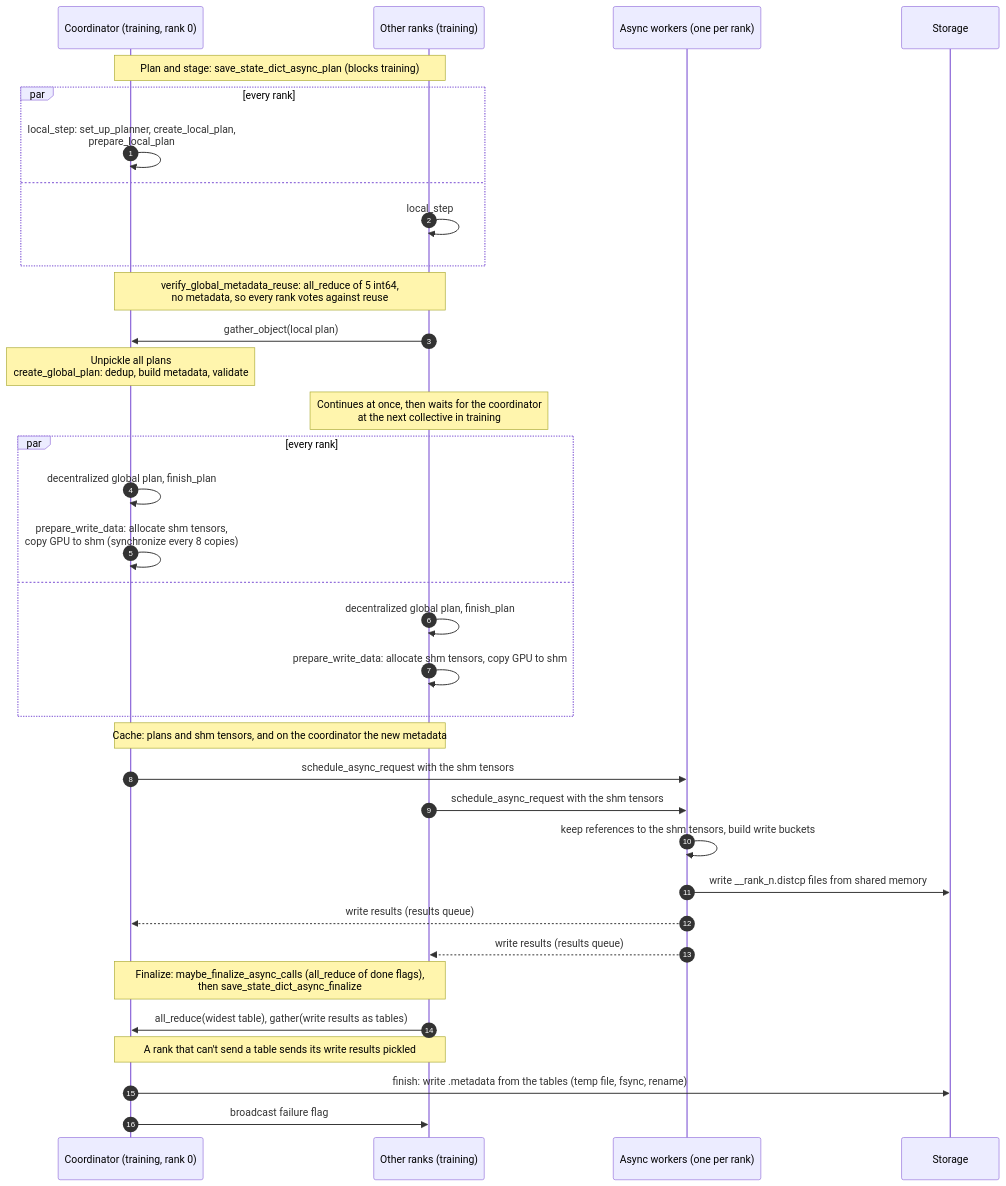
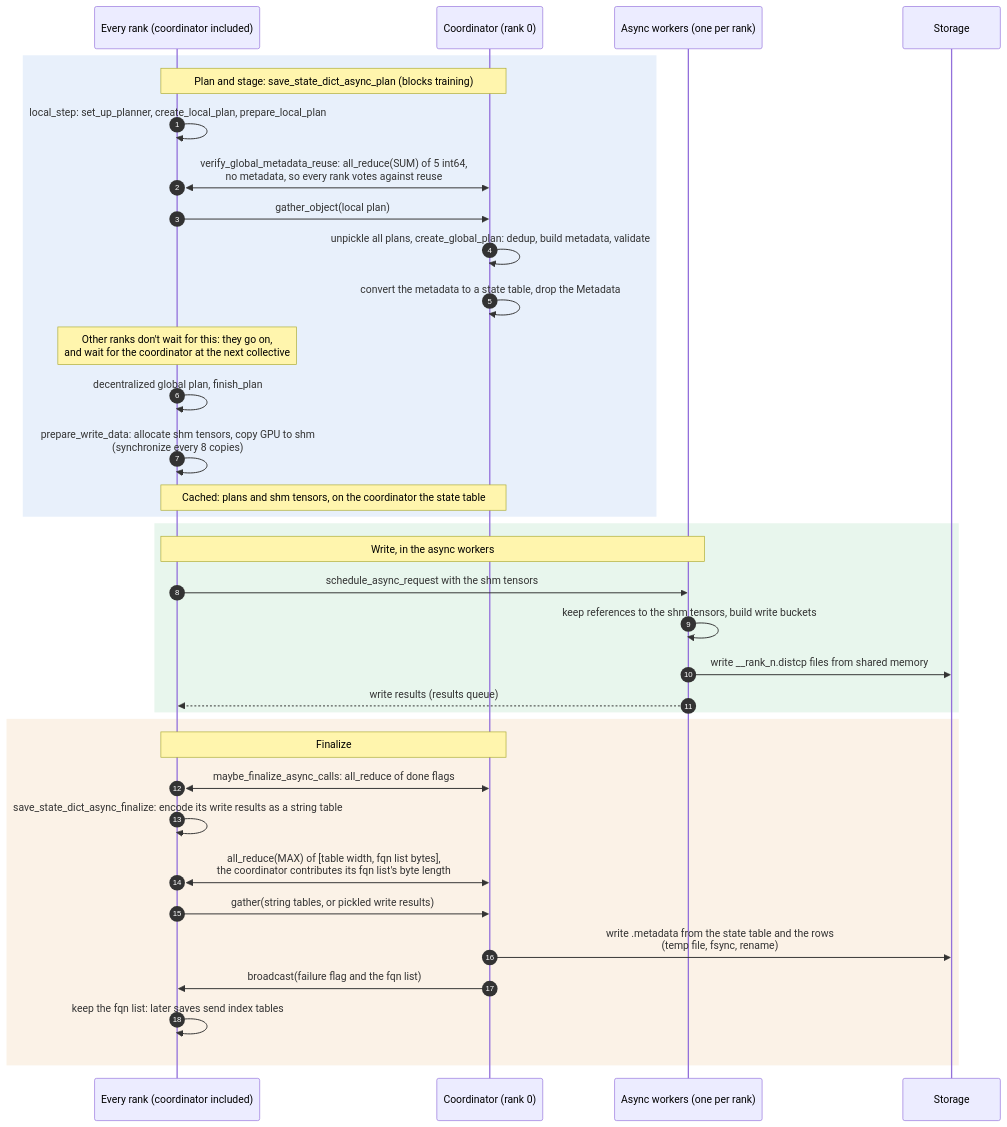
Before and after one commit to NVIDIA/nvidia-resiliency-ext: the third of 5 diagrams in docs/design/checkpoint/ASYNC_SAVE.md, drawn with Mermaid. The commit also changed other lines of this file, not shown here.

First line of the commit message:
Describe global metadata as tables in the async save design doc

````diff
--- a/docs/design/checkpoint/ASYNC_SAVE.md
+++ b/docs/design/checkpoint/ASYNC_SAVE.md
@@ -55,40 +234,40 @@
 ```mermaid
 sequenceDiagram
     autonumber
-    participant C as Coordinator (training, rank 0)
-    participant R as Other ranks (training)
+    participant R as Every rank (coordinator included)
+    participant C as Coordinator (rank 0)
     participant W as Async workers (one per rank)
     participant S as Storage
 
-    Note over C,R: Plan and stage: save_state_dict_async_plan (blocks training)
-    par every rank
-        C->>C: local_step: set_up_planner, create_local_plan,<br/>prepare_local_plan
-    and
-        R->>R: local_step
+    rect rgba(70, 130, 220, 0.12)
+    Note over R,C: Plan and stage: save_state_dict_async_plan (blocks training)
+    R->>R: local_step: set_up_planner, create_local_plan, prepare_local_plan
+    R<<->>C: verify_global_metadata_reuse: all_reduce(SUM) of 5 int64,<br/>no metadata, so every rank votes against reuse
+    R->>C: gather_object(local plan)
+    C->>C: unpickle all plans, create_global_plan: dedup, build metadata, validate
+    C->>C: convert the metadata to a state table, drop the Metadata
+    Note over R: Other ranks don't wait for this: they go on,<br/>and wait for the coordinator at the next collective
+    R->>R: decentralized global plan, finish_plan
+    R->>R: prepare_write_data: allocate shm tensors, copy GPU to shm<br/>(synchronize every 8 copies)
+    Note over R,C: Cached: plans and shm tensors, on the coordinator the state table
     end
-    Note over C,R: verify_global_metadata_reuse: all_reduce of 5 int64,<br/>no metadata, so every rank votes against reuse
-    R->>C: gather_object(local plan)
-    Note over C: Unpickle all plans<br/>create_global_plan: dedup, build metadata, validate
-    Note over R: Continues at once, then waits for the coordinator<br/>at the next collective in training
-    par every rank
-        C->>C: decentralized global plan, finish_plan
-        C->>C: prepare_write_data: allocate shm tensors,<br/>copy GPU to shm (synchronize every 8 copies)
-    and
-        R->>R: decentralized global plan, finish_plan
-        R->>R: prepare_write_data: allocate shm tensors, copy GPU to shm
-    end
-    Note over C,R: Cache: plans and shm tensors, and on the coordinator the new metadata
 
-    C->>W: schedule_async_request with the shm tensors
+    rect rgba(70, 180, 110, 0.12)
+    Note over R,W: Write, in the async workers
     R->>W: schedule_async_request with the shm tensors
     W->>W: keep references to the shm tensors, build write buckets
     W->>S: write __rank_n.distcp files from shared memory
-    W-->>C: write results (results queue)
     W-->>R: write results (results queue)
+    end
 
-    Note over C,R: Finalize: maybe_finalize_async_calls (all_reduce of done flags),<br/>then save_state_dict_async_finalize
-    R->>C: all_reduce(widest table), gather(write results as tables)
-    Note over C,R: A rank that can't send a table sends its write results pickled
-    C->>S: finish: write .metadata from the tables (temp file, fsync, rename)
-    C->>R: broadcast failure flag
+    rect rgba(220, 150, 60, 0.12)
+    Note over R,C: Finalize
+    R<<->>C: maybe_finalize_async_calls: all_reduce of done flags
+    R->>R: save_state_dict_async_finalize: encode its write results as a string table
+    R<<->>C: all_reduce(MAX) of [table width, fqn list bytes],<br/>the coordinator contributes its fqn list's byte length
+    R->>C: gather(string tables, or pickled write results)
+    C->>S: write .metadata from the state table and the rows<br/>(temp file, fsync, rename)
+    C->>R: broadcast(failure flag and the fqn list)
+    R->>R: keep the fqn list: later saves send index tables
+    end
 ```
````
